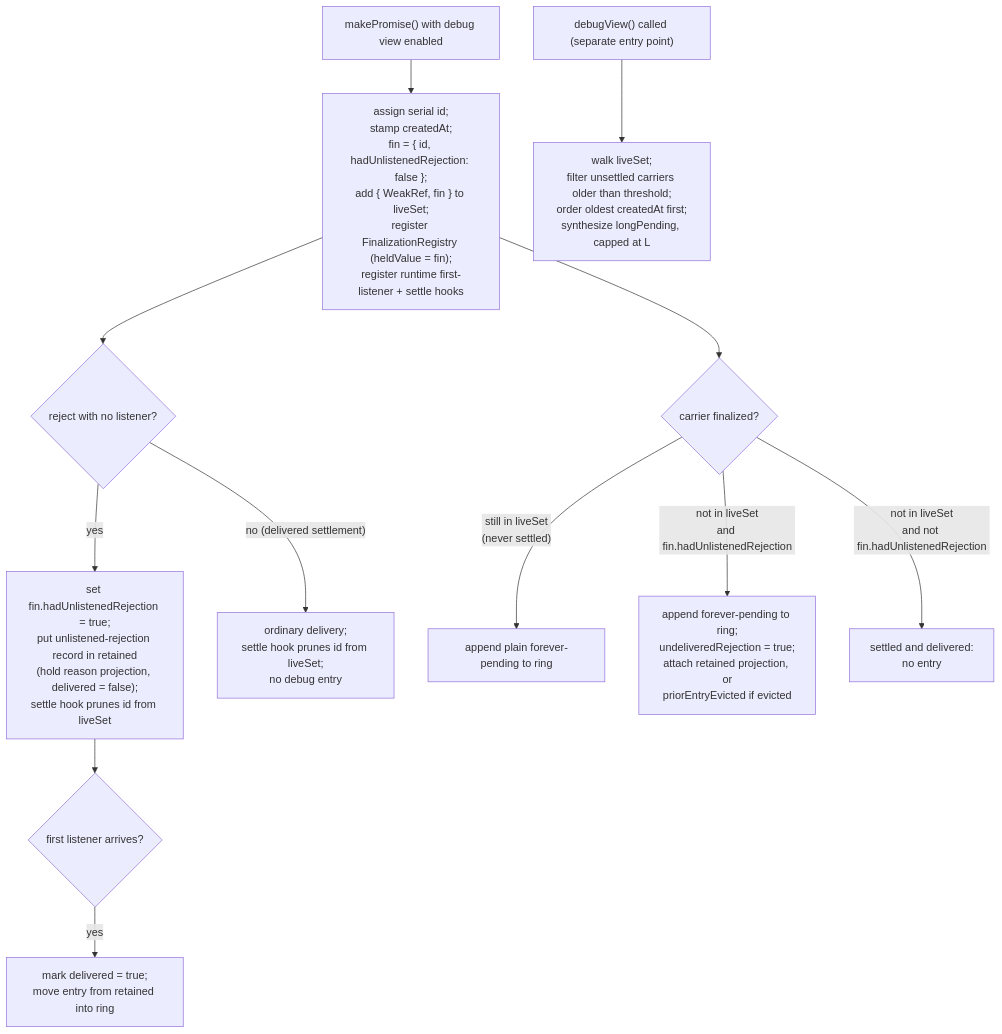
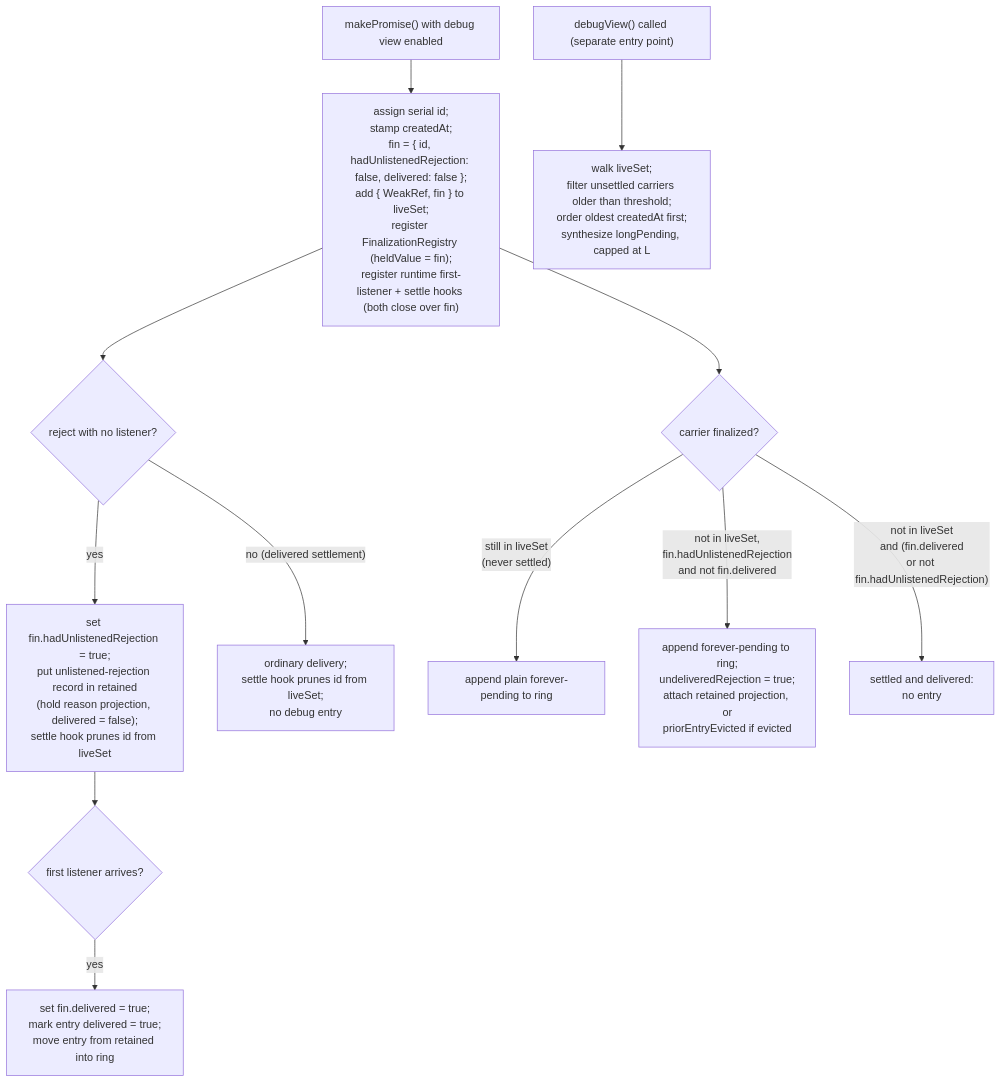
One commit to endojs/endo-but-for-bots changed the diagram in designs/promise-debug-view.md. Above: the diagram before and after it, drawn with Mermaid. The commit also changed other lines of this file, not shown here.

First line of the commit message:
design(promise-debug-view): apply panel round-5 must-fix items

````diff
--- a/designs/promise-debug-view.md
+++ b/designs/promise-debug-view.md
@@ -404,15 +439,15 @@
 ```mermaid
 flowchart TD
-  MK["makePromise() with debug view enabled"] --> REG["assign serial id;<br/>stamp createdAt;<br/>fin = { id, hadUnlistenedRejection: false };<br/>add { WeakRef, fin } to liveSet;<br/>register FinalizationRegistry (heldValue = fin);<br/>register runtime first-listener + settle hooks"]
+  MK["makePromise() with debug view enabled"] --> REG["assign serial id;<br/>stamp createdAt;<br/>fin = { id, hadUnlistenedRejection: false, delivered: false };<br/>add { WeakRef, fin } to liveSet;<br/>register FinalizationRegistry (heldValue = fin);<br/>register runtime first-listener + settle hooks (both close over fin)"]
   REG --> RJ{"reject with no listener?"}
   RJ -->|"yes"| UR["set fin.hadUnlistenedRejection = true;<br/>put unlistened-rejection record in retained<br/>(hold reason projection, delivered = false);<br/>settle hook prunes id from liveSet"]
   RJ -->|"no (delivered settlement)"| DONE["ordinary delivery;<br/>settle hook prunes id from liveSet;<br/>no debug entry"]
   UR --> FS{"first listener arrives?"}
-  FS -->|"yes"| MARK["mark delivered = true;<br/>move entry from retained into ring"]
+  FS -->|"yes"| MARK["set fin.delivered = true;<br/>mark entry delivered = true;<br/>move entry from retained into ring"]
   REG --> GC{"carrier finalized?"}
   GC -->|"still in liveSet<br/>(never settled)"| FPN["append plain forever-pending to ring"]
-  GC -->|"not in liveSet<br/>and fin.hadUnlistenedRejection"| FPU["append forever-pending to ring;<br/>undeliveredRejection = true;<br/>attach retained projection, or<br/>priorEntryEvicted if evicted"]
-  GC -->|"not in liveSet<br/>and not fin.hadUnlistenedRejection"| NONE["settled and delivered:<br/>no entry"]
+  GC -->|"not in liveSet,<br/>fin.hadUnlistenedRejection<br/>and not fin.delivered"| FPU["append forever-pending to ring;<br/>undeliveredRejection = true;<br/>attach retained projection, or<br/>priorEntryEvicted if evicted"]
+  GC -->|"not in liveSet<br/>and (fin.delivered<br/>or not fin.hadUnlistenedRejection)"| NONE["settled and delivered:<br/>no entry"]
 
   INSPECT["debugView() called (separate entry point)"] --> LP["walk liveSet;<br/>filter unsettled carriers older than threshold;<br/>order oldest createdAt first;<br/>synthesize longPending, capped at L"]
 ```
````
